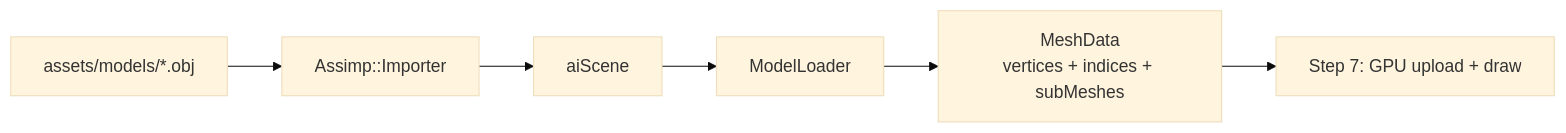
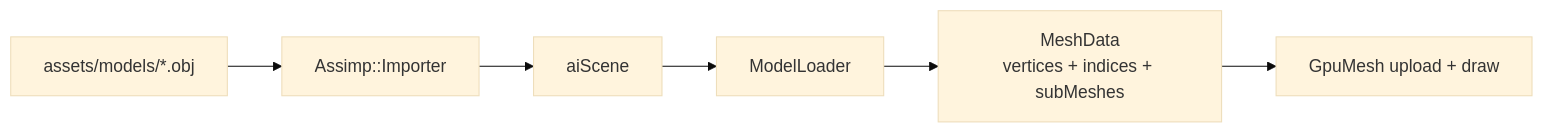
Before and after one commit to RomanovV/SummerEngine: the fourth of 4 diagrams in docs/ARCHITECTURE.md, drawn with Mermaid (base theme). The commit also changed other lines of this file and 17 other files, not shown here.

First line of the commit message:
Add GPU mesh rendering with DXC shaders and depth buffer (Step 7).

````diff
--- a/docs/ARCHITECTURE.md
+++ b/docs/ARCHITECTURE.md
@@ -291,8 +300,8 @@
 ```mermaid
 flowchart LR
     File["assets/models/*.obj"] --> Assimp["Assimp::Importer"]
     Assimp --> Scene["aiScene"]
     Scene --> Loader["ModelLoader"]
     Loader --> MeshData["MeshData<br/>vertices + indices + subMeshes"]
-    MeshData --> Future["Step 7: GPU upload + draw"]
+    MeshData --> Future["GpuMesh upload + draw"]
 ```
````
